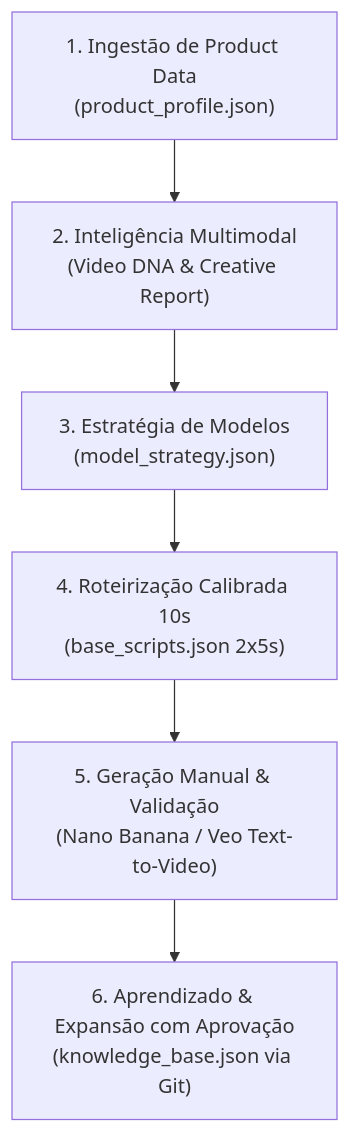
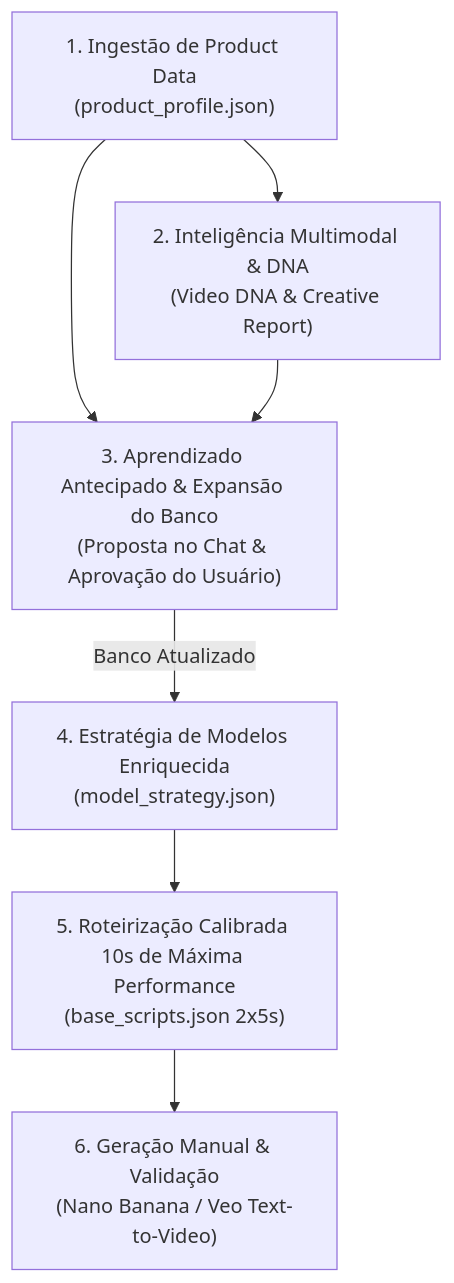
Before and after one commit to gabrielfidos2020-glitch/criacao-manual-vds: the diagram in README.md, drawn with Mermaid. The commit also changed 1 other file, not shown here.

Commit message:
docs: antecipar etapa de aprendizado do banco para antes da geracao de roteiros

````diff
--- a/README.md
+++ b/README.md
@@ -9,8 +9,9 @@
 ```mermaid
 flowchart TD
-    A["1. Ingestão de Product Data<br/>(product_profile.json)"] --> B["2. Inteligência Multimodal<br/>(Video DNA & Creative Report)"]
-    B --> C["3. Estratégia de Modelos<br/>(model_strategy.json)"]
-    C --> D["4. Roteirização Calibrada 10s<br/>(base_scripts.json 2x5s)"]
-    D --> E["5. Geração Manual & Validação<br/>(Nano Banana / Veo Text-to-Video)"]
-    E --> F["6. Aprendizado & Expansão com Aprovação<br/>(knowledge_base.json via Git)"]
+    A["1. Ingestão de Product Data<br/>(product_profile.json)"] --> B["2. Inteligência Multimodal & DNA<br/>(Video DNA & Creative Report)"]
+    A --> C["3. Aprendizado Antecipado & Expansão do Banco<br/>(Proposta no Chat & Aprovação do Usuário)"]
+    B --> C
+    C -->|Banco Atualizado| D["4. Estratégia de Modelos Enriquecida<br/>(model_strategy.json)"]
+    D --> E["5. Roteirização Calibrada 10s de Máxima Performance<br/>(base_scripts.json 2x5s)"]
+    E --> F["6. Geração Manual & Validação<br/>(Nano Banana / Veo Text-to-Video)"]
 ```
````
